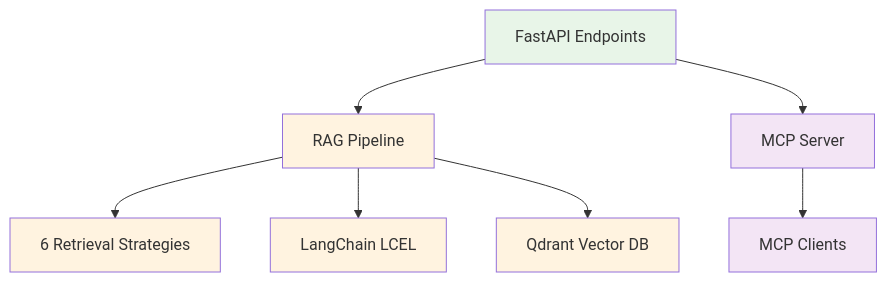
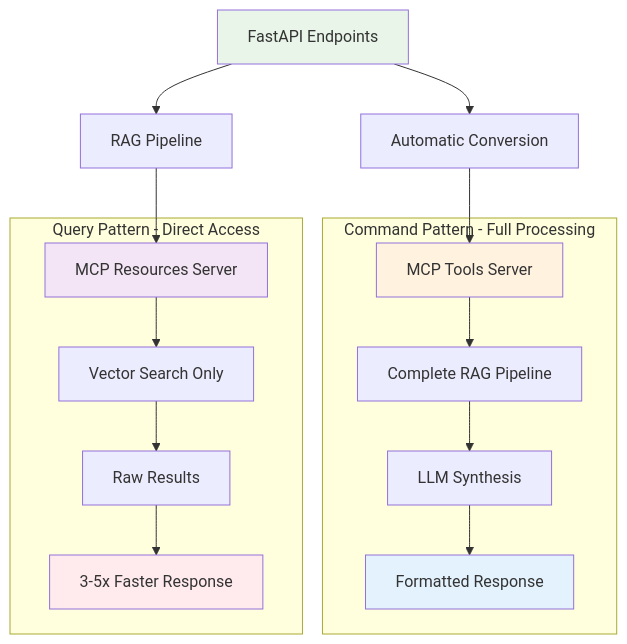
One commit to donbr/adv-rag changed the first of 7 diagrams in README.md. Above: the diagram before and after it, drawn with Mermaid. The commit also changed other lines of this file, not shown here.

````diff
--- a/README.md
+++ b/README.md
@@ -210,17 +23,25 @@
 ```mermaid
 graph TB
-    A[FastAPI Endpoints] --> B[RAG Pipeline]
-    A --> C[MCP Server]
-    B --> D[6 Retrieval Strategies]
-    B --> E[LangChain LCEL]
-    B --> F[Qdrant Vector DB]
-    C --> G[MCP Clients]
+    A[FastAPI Endpoints] --> B[Automatic Conversion]
+    B --> C[MCP Tools Server]
+    A --> D[RAG Pipeline]
+    D --> E[MCP Resources Server]
     
-    classDef api fill:#e8f5e8
-    classDef rag fill:#fff3e0
-    classDef mcp fill:#f3e5f5
+    subgraph "Command Pattern - Full Processing"
+        C --> F[Complete RAG Pipeline]
+        F --> G[LLM Synthesis]
+        G --> H[Formatted Response]
+    end
     
-    class A api
-    class B,D,E,F rag
-    class C,G mcp
+    subgraph "Query Pattern - Direct Access"
+        E --> I[Vector Search Only]
+        I --> J[Raw Results]
+        J --> K[3-5x Faster Response]
+    end
+    
+    style A fill:#e8f5e8
+    style C fill:#fff3e0
+    style E fill:#f3e5f5
+    style H fill:#e3f2fd
+    style K fill:#ffebee
 ```
````
